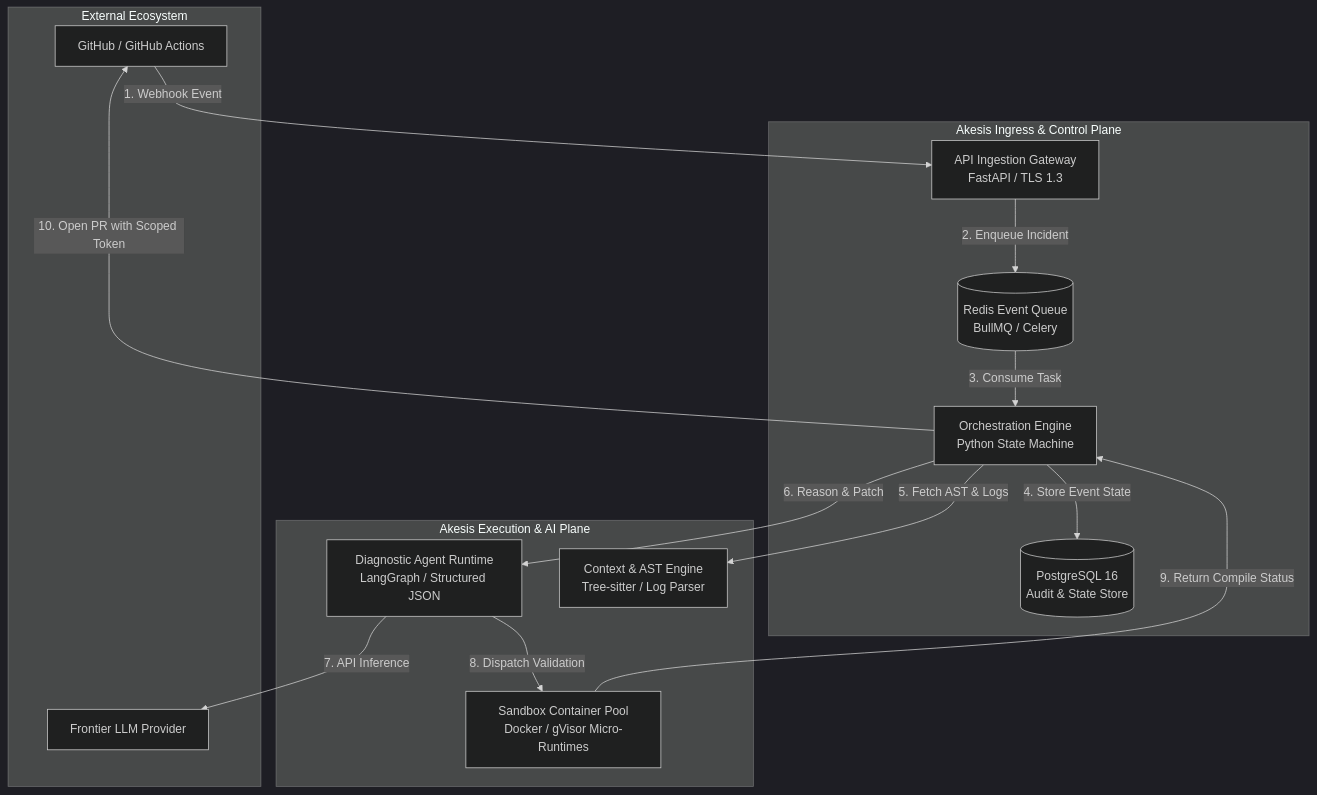
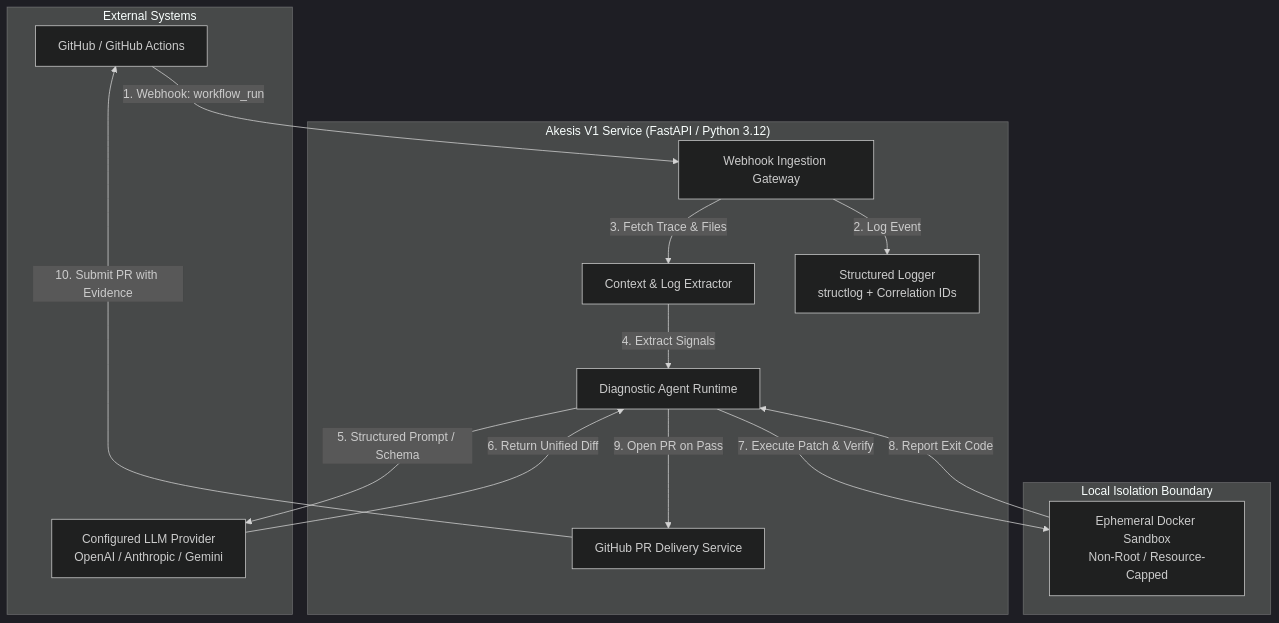
Before and after one commit to crlabs-ai/akesis: the diagram in docs/02-architecture/system-architecture.md, drawn with Mermaid (dark theme). The commit also changed other lines of this file and 47 other files, not shown here.

````diff
--- a/docs/02-architecture/system-architecture.md
+++ b/docs/02-architecture/system-architecture.md
@@ -14,31 +20,30 @@
 ```mermaid
 graph TD
-    subgraph "External Ecosystem"
+    subgraph "External Systems"
         GH[GitHub / GitHub Actions]
-        LLM[Frontier LLM Provider]
+        LLM[Configured LLM Provider<br/>OpenAI / Anthropic / Gemini]
     end
 
-    subgraph "Akesis Ingress & Control Plane"
-        Gateway[API Ingestion Gateway<br/>FastAPI / TLS 1.3]
-        Queue[(Redis Event Queue<br/>BullMQ / Celery)]
-        Orch[Orchestration Engine<br/>Python State Machine]
-        DB[(PostgreSQL 16<br/>Audit & State Store)]
+    subgraph "Akesis V1 Service (FastAPI / Python 3.12)"
+        Gateway[Webhook Ingestion Gateway]
+        ContextEngine[Context & Log Extractor]
+        AgentEngine[Diagnostic Agent Runtime]
+        DeliveryEngine[GitHub PR Delivery Service]
+        Logger[Structured Logger<br/>structlog + Correlation IDs]
     end
 
-    subgraph "Akesis Execution & AI Plane"
-        Agent[Diagnostic Agent Runtime<br/>LangGraph / Structured JSON]
-        Context[Context & AST Engine<br/>Tree-sitter / Log Parser]
-        SandboxPool[Sandbox Container Pool<br/>Docker / gVisor Micro-Runtimes]
+    subgraph "Local Isolation Boundary"
+        DockerBox[Ephemeral Docker Sandbox<br/>Non-Root / Resource-Capped]
     end
 
-    GH -->|1. Webhook Event| Gateway
-    Gateway -->|2. Enqueue Incident| Queue
-    Queue -->|3. Consume Task| Orch
-    Orch -->|4. Store Event State| DB
-    Orch -->|5. Fetch AST & Logs| Context
-    Orch -->|6. Reason & Patch| Agent
-    Agent -->|7. API Inference| LLM
-    Agent -->|8. Dispatch Validation| SandboxPool
-    SandboxPool -->|9. Return Compile Status| Orch
-    Orch -->|10. Open PR with Scoped Token| GH
+    GH -->|1. Webhook: workflow_run| Gateway
+    Gateway -->|2. Log Event| Logger
+    Gateway -->|3. Fetch Trace & Files| ContextEngine
+    ContextEngine -->|4. Extract Signals| AgentEngine
+    AgentEngine -->|5. Structured Prompt / Schema| LLM
+    LLM -->|6. Return Unified Diff| AgentEngine
+    AgentEngine -->|7. Execute Patch & Verify| DockerBox
+    DockerBox -->|8. Report Exit Code| AgentEngine
+    AgentEngine -->|9. Open PR on Pass| DeliveryEngine
+    DeliveryEngine -->|10. Submit PR with Evidence| GH
 ```
````
